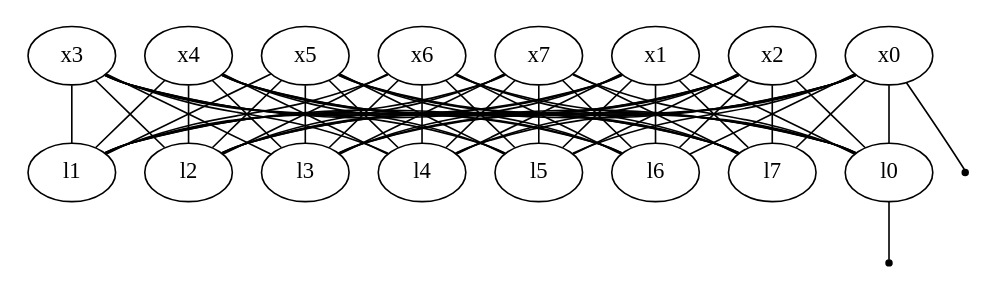
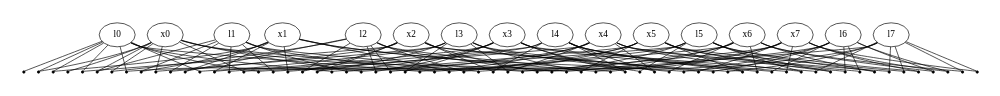
One commit to adheeshc/GTSAM-Tutorials changed the diagram in output/sfm.dot. Above: the diagram before and after it, drawn with Graphviz. The commit also changed 4 other files, not shown here.

```diff
--- a/output/sfm.dot
+++ b/output/sfm.dot
@@ -20,70 +20,198 @@
 
   factor0[label="", shape=point];
   var8646911284551352320--factor0;
-  var8646911284551352320--var7782220156096217088;
-  var8646911284551352320--var7782220156096217089;
-  var8646911284551352320--var7782220156096217090;
-  var8646911284551352320--var7782220156096217091;
-  var8646911284551352320--var7782220156096217092;
-  var8646911284551352320--var7782220156096217093;
-  var8646911284551352320--var7782220156096217094;
-  var8646911284551352320--var7782220156096217095;
-  var8646911284551352321--var7782220156096217088;
-  var8646911284551352321--var7782220156096217089;
-  var8646911284551352321--var7782220156096217090;
-  var8646911284551352321--var7782220156096217091;
-  var8646911284551352321--var7782220156096217092;
-  var8646911284551352321--var7782220156096217093;
-  var8646911284551352321--var7782220156096217094;
-  var8646911284551352321--var7782220156096217095;
-  var8646911284551352322--var7782220156096217088;
-  var8646911284551352322--var7782220156096217089;
-  var8646911284551352322--var7782220156096217090;
-  var8646911284551352322--var7782220156096217091;
-  var8646911284551352322--var7782220156096217092;
-  var8646911284551352322--var7782220156096217093;
-  var8646911284551352322--var7782220156096217094;
-  var8646911284551352322--var7782220156096217095;
-  var8646911284551352323--var7782220156096217088;
-  var8646911284551352323--var7782220156096217089;
-  var8646911284551352323--var7782220156096217090;
-  var8646911284551352323--var7782220156096217091;
-  var8646911284551352323--var7782220156096217092;
-  var8646911284551352323--var7782220156096217093;
-  var8646911284551352323--var7782220156096217094;
-  var8646911284551352323--var7782220156096217095;
-  var8646911284551352324--var7782220156096217088;
-  var8646911284551352324--var7782220156096217089;
-  var8646911284551352324--var7782220156096217090;
-  var8646911284551352324--var7782220156096217091;
-  var8646911284551352324--var7782220156096217092;
-  var8646911284551352324--var7782220156096217093;
-  var8646911284551352324--var7782220156096217094;
-  var8646911284551352324--var7782220156096217095;
-  var8646911284551352325--var7782220156096217088;
-  var8646911284551352325--var7782220156096217089;
-  var8646911284551352325--var7782220156096217090;
-  var8646911284551352325--var7782220156096217091;
-  var8646911284551352325--var7782220156096217092;
-  var8646911284551352325--var7782220156096217093;
-  var8646911284551352325--var7782220156096217094;
-  var8646911284551352325--var7782220156096217095;
-  var8646911284551352326--var7782220156096217088;
-  var8646911284551352326--var7782220156096217089;
-  var8646911284551352326--var7782220156096217090;
-  var8646911284551352326--var7782220156096217091;
-  var8646911284551352326--var7782220156096217092;
-  var8646911284551352326--var7782220156096217093;
-  var8646911284551352326--var7782220156096217094;
-  var8646911284551352326--var7782220156096217095;
-  var8646911284551352327--var7782220156096217088;
-  var8646911284551352327--var7782220156096217089;
-  var8646911284551352327--var7782220156096217090;
-  var8646911284551352327--var7782220156096217091;
-  var8646911284551352327--var7782220156096217092;
-  var8646911284551352327--var7782220156096217093;
-  var8646911284551352327--var7782220156096217094;
-  var8646911284551352327--var7782220156096217095;
+  factor1[label="", shape=point];
+  var8646911284551352320--factor1;
+  var7782220156096217088--factor1;
+  factor2[label="", shape=point];
+  var8646911284551352320--factor2;
+  var7782220156096217089--factor2;
+  factor3[label="", shape=point];
+  var8646911284551352320--factor3;
+  var7782220156096217090--factor3;
+  factor4[label="", shape=point];
+  var8646911284551352320--factor4;
+  var7782220156096217091--factor4;
+  factor5[label="", shape=point];
+  var8646911284551352320--factor5;
+  var7782220156096217092--factor5;
+  factor6[label="", shape=point];
+  var8646911284551352320--factor6;
+  var7782220156096217093--factor6;
+  factor7[label="", shape=point];
+  var8646911284551352320--factor7;
+  var7782220156096217094--factor7;
+  factor8[label="", shape=point];
+  var8646911284551352320--factor8;
+  var7782220156096217095--factor8;
+  factor9[label="", shape=point];
+  var8646911284551352321--factor9;
+  var7782220156096217088--factor9;
+  factor10[label="", shape=point];
+  var8646911284551352321--factor10;
+  var7782220156096217089--factor10;
+  factor11[label="", shape=point];
+  var8646911284551352321--factor11;
+  var7782220156096217090--factor11;
+  factor12[label="", shape=point];
+  var8646911284551352321--factor12;
+  var7782220156096217091--factor12;
+  factor13[label="", shape=point];
+  var8646911284551352321--factor13;
+  var7782220156096217092--factor13;
+  factor14[label="", shape=point];
+  var8646911284551352321--factor14;
+  var7782220156096217093--factor14;
+  factor15[label="", shape=point];
+  var8646911284551352321--factor15;
+  var7782220156096217094--factor15;
+  factor16[label="", shape=point];
+  var8646911284551352321--factor16;
+  var7782220156096217095--factor16;
+  factor17[label="", shape=point];
+  var8646911284551352322--factor17;
+  var7782220156096217088--factor17;
+  factor18[label="", shape=point];
+  var8646911284551352322--factor18;
+  var7782220156096217089--factor18;
+  factor19[label="", shape=point];
+  var8646911284551352322--factor19;
+  var7782220156096217090--factor19;
+  factor20[label="", shape=point];
+  var8646911284551352322--factor20;
+  var7782220156096217091--factor20;
+  factor21[label="", shape=point];
+  var8646911284551352322--factor21;
+  var7782220156096217092--factor21;
+  factor22[label="", shape=point];
+  var8646911284551352322--factor22;
+  var7782220156096217093--factor22;
+  factor23[label="", shape=point];
+  var8646911284551352322--factor23;
+  var7782220156096217094--factor23;
+  factor24[label="", shape=point];
+  var8646911284551352322--factor24;
+  var7782220156096217095--factor24;
+  factor25[label="", shape=point];
+  var8646911284551352323--factor25;
+  var7782220156096217088--factor25;
+  factor26[label="", shape=point];
+  var8646911284551352323--factor26;
+  var7782220156096217089--factor26;
+  factor27[label="", shape=point];
+  var8646911284551352323--factor27;
+  var7782220156096217090--factor27;
+  factor28[label="", shape=point];
+  var8646911284551352323--factor28;
+  var7782220156096217091--factor28;
+  factor29[label="", shape=point];
+  var8646911284551352323--factor29;
+  var7782220156096217092--factor29;
+  factor30[label="", shape=point];
+  var8646911284551352323--factor30;
+  var7782220156096217093--factor30;
+  factor31[label="", shape=point];
+  var8646911284551352323--factor31;
+  var7782220156096217094--factor31;
+  factor32[label="", shape=point];
+  var8646911284551352323--factor32;
+  var7782220156096217095--factor32;
+  factor33[label="", shape=point];
+  var8646911284551352324--factor33;
+  var7782220156096217088--factor33;
+  factor34[label="", shape=point];
+  var8646911284551352324--factor34;
+  var7782220156096217089--factor34;
+  factor35[label="", shape=point];
+  var8646911284551352324--factor35;
+  var7782220156096217090--factor35;
+  factor36[label="", shape=point];
+  var8646911284551352324--factor36;
+  var7782220156096217091--factor36;
+  factor37[label="", shape=point];
+  var8646911284551352324--factor37;
+  var7782220156096217092--factor37;
+  factor38[label="", shape=point];
+  var8646911284551352324--factor38;
+  var7782220156096217093--factor38;
+  factor39[label="", shape=point];
+  var8646911284551352324--factor39;
+  var7782220156096217094--factor39;
+  factor40[label="", shape=point];
+  var8646911284551352324--factor40;
+  var7782220156096217095--factor40;
+  factor41[label="", shape=point];
+  var8646911284551352325--factor41;
+  var7782220156096217088--factor41;
+  factor42[label="", shape=point];
+  var8646911284551352325--factor42;
+  var7782220156096217089--factor42;
+  factor43[label="", shape=point];
+  var8646911284551352325--factor43;
+  var7782220156096217090--factor43;
+  factor44[label="", shape=point];
+  var8646911284551352325--factor44;
+  var7782220156096217091--factor44;
+  factor45[label="", shape=point];
+  var8646911284551352325--factor45;
+  var7782220156096217092--factor45;
+  factor46[label="", shape=point];
+  var8646911284551352325--factor46;
+  var7782220156096217093--factor46;
+  factor47[label="", shape=point];
+  var8646911284551352325--factor47;
+  var7782220156096217094--factor47;
+  factor48[label="", shape=point];
+  var8646911284551352325--factor48;
+  var7782220156096217095--factor48;
+  factor49[label="", shape=point];
+  var8646911284551352326--factor49;
+  var7782220156096217088--factor49;
+  factor50[label="", shape=point];
+  var8646911284551352326--factor50;
+  var7782220156096217089--factor50;
+  factor51[label="", shape=point];
+  var8646911284551352326--factor51;
+  var7782220156096217090--factor51;
+  factor52[label="", shape=point];
+  var8646911284551352326--factor52;
+  var7782220156096217091--factor52;
+  factor53[label="", shape=point];
+  var8646911284551352326--factor53;
+  var7782220156096217092--factor53;
+  factor54[label="", shape=point];
+  var8646911284551352326--factor54;
+  var7782220156096217093--factor54;
+  factor55[label="", shape=point];
+  var8646911284551352326--factor55;
+  var7782220156096217094--factor55;
+  factor56[label="", shape=point];
+  var8646911284551352326--factor56;
+  var7782220156096217095--factor56;
+  factor57[label="", shape=point];
+  var8646911284551352327--factor57;
+  var7782220156096217088--factor57;
+  factor58[label="", shape=point];
+  var8646911284551352327--factor58;
+  var7782220156096217089--factor58;
+  factor59[label="", shape=point];
+  var8646911284551352327--factor59;
+  var7782220156096217090--factor59;
+  factor60[label="", shape=point];
+  var8646911284551352327--factor60;
+  var7782220156096217091--factor60;
+  factor61[label="", shape=point];
+  var8646911284551352327--factor61;
+  var7782220156096217092--factor61;
+  factor62[label="", shape=point];
+  var8646911284551352327--factor62;
+  var7782220156096217093--factor62;
+  factor63[label="", shape=point];
+  var8646911284551352327--factor63;
+  var7782220156096217094--factor63;
+  factor64[label="", shape=point];
+  var8646911284551352327--factor64;
+  var7782220156096217095--factor64;
   factor65[label="", shape=point];
   var7782220156096217088--factor65;
 }
```
